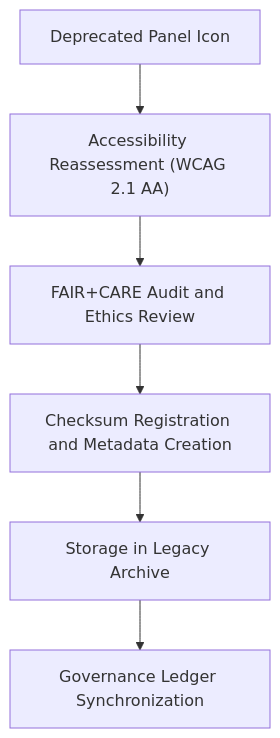
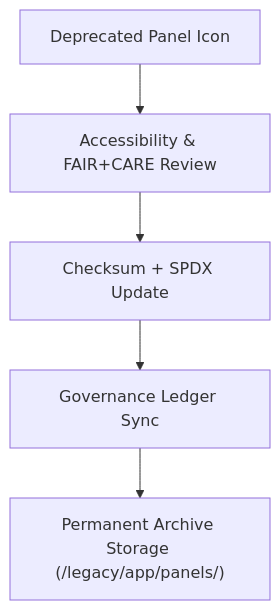
Before and after one commit to bartytime4life/Kansas-Frontier-Matrix: the diagram in web/public/icons/legacy/app/panels/README.md, drawn with Mermaid. The commit also changed other lines of this file, not shown here.

````diff
--- a/web/public/icons/legacy/app/panels/README.md
+++ b/web/public/icons/legacy/app/panels/README.md
@@ -64,8 +55,7 @@
 ```mermaid
 flowchart TD
-    A["Deprecated Panel Icon"] --> B["Accessibility Reassessment (WCAG 2.1 AA)"]
-    B --> C["FAIR+CARE Audit and Ethics Review"]
-    C --> D["Checksum Registration and Metadata Creation"]
-    D --> E["Storage in Legacy Archive"]
-    E --> F["Governance Ledger Synchronization"]
+A["Deprecated Panel Icon"] --> B["Accessibility & FAIR+CARE Review"]
+B --> C["Checksum + SPDX Update"]
+C --> D["Governance Ledger Sync"]
+D --> E["Permanent Archive Storage (/legacy/app/panels/)"]
 ```
````
